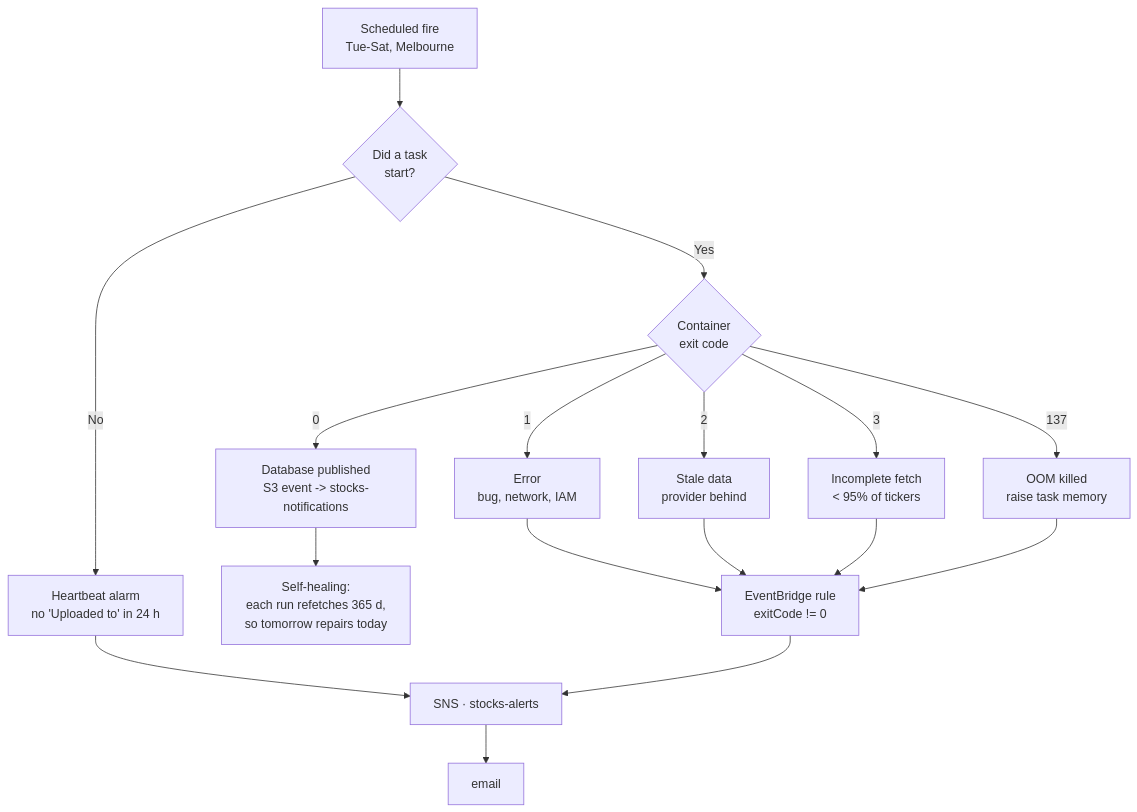
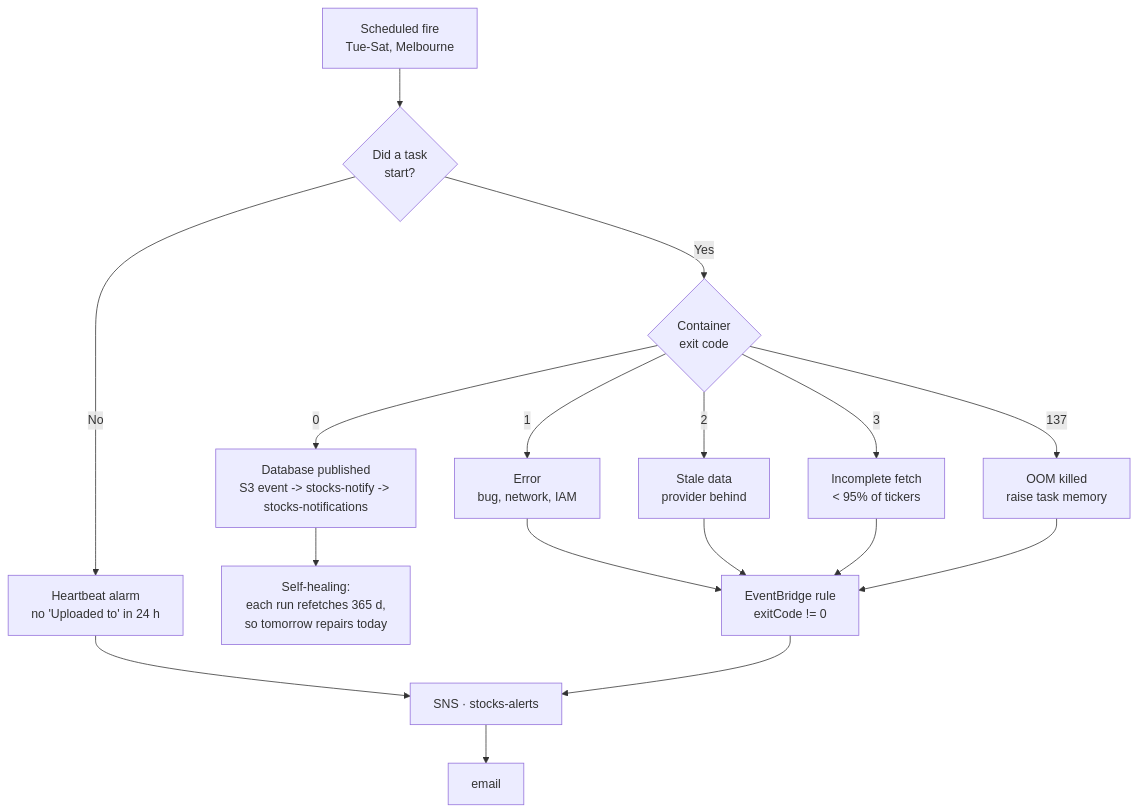
The fourth of 5 diagrams in docs/AWS_DEPLOYMENT_SPEC.md (ryandam9/Stocks), drawn with Mermaid before and after one commit. The commit also changed other lines of this file and 8 other files, not shown here.

````diff
--- a/docs/AWS_DEPLOYMENT_SPEC.md
+++ b/docs/AWS_DEPLOYMENT_SPEC.md
@@ -504,20 +504,20 @@
 ```mermaid
 flowchart TD
     START["Scheduled fire<br/>Tue-Sat, Melbourne"] --> RAN{"Did a task<br/>start?"}
 
     RAN -->|No| H["Heartbeat alarm<br/>no 'Uploaded to' in 24 h"]
     RAN -->|Yes| EXIT{"Container<br/>exit code"}
 
-    EXIT -->|0| OK["Database published<br/>S3 event -> stocks-notifications"]
+    EXIT -->|0| OK["Database published<br/>S3 event -> stocks-notify -> stocks-notifications"]
     EXIT -->|1| E1["Error<br/>bug, network, IAM"]
     EXIT -->|2| E2["Stale data<br/>provider behind"]
     EXIT -->|3| E3["Incomplete fetch<br/>< 95% of tickers"]
     EXIT -->|137| E4["OOM killed<br/>raise task memory"]
 
     E1 & E2 & E3 & E4 --> RULE["EventBridge rule<br/>exitCode != 0"]
     RULE --> SNS["SNS · stocks-alerts"]
     H --> SNS
     SNS --> MAIL["email"]
 
     OK --> NOTE["Self-healing:<br/>each run refetches 365 d,<br/>so tomorrow repairs today"]
 ```
````
